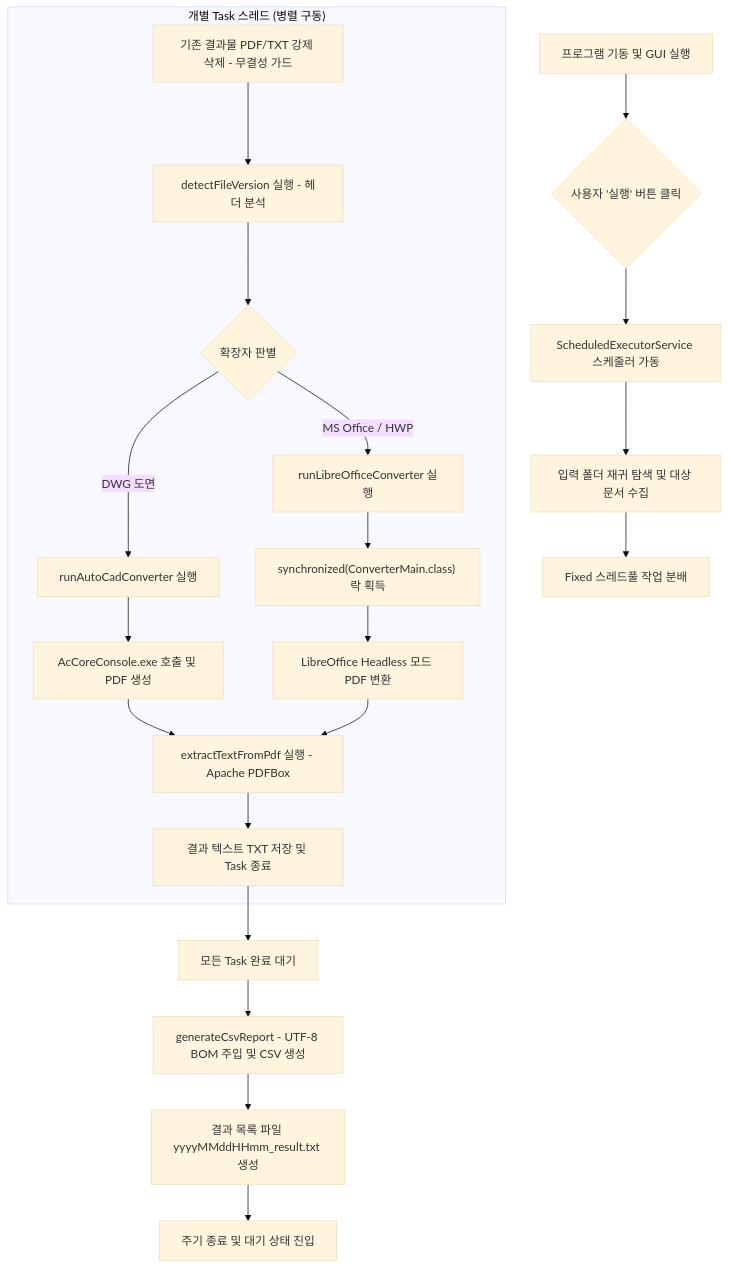
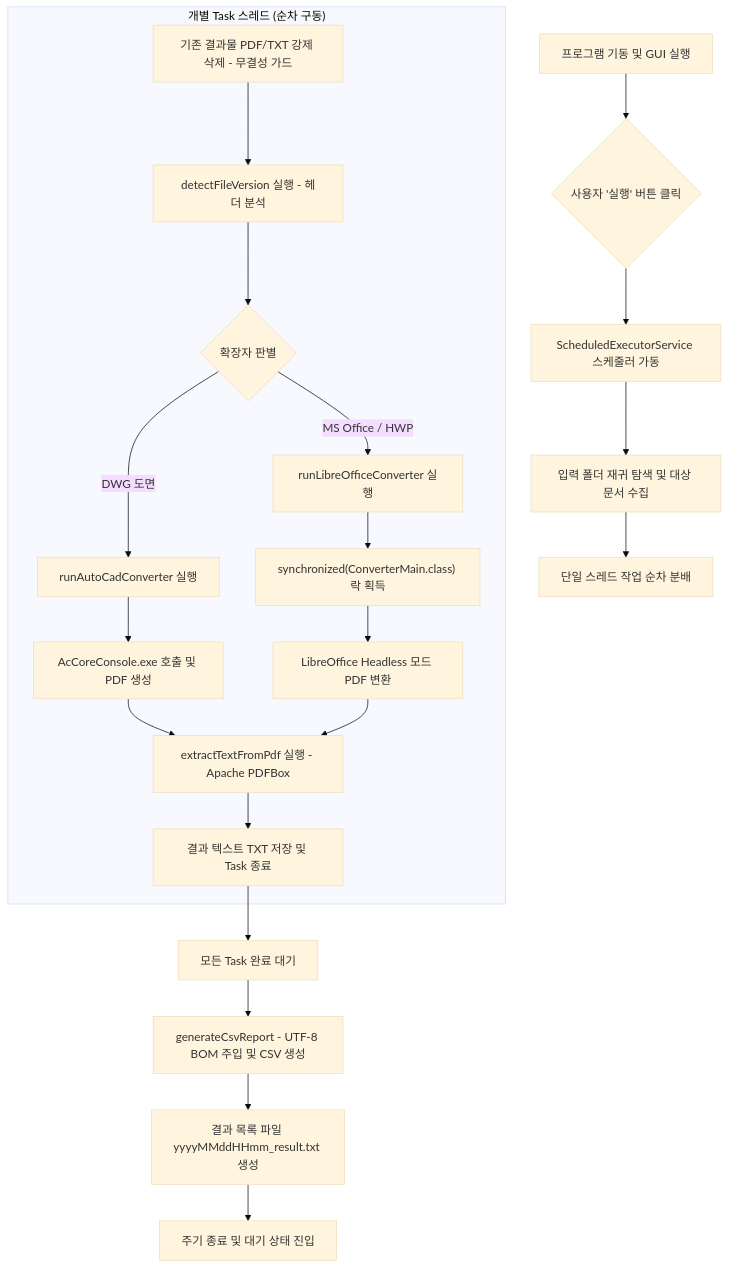
Before and after one commit to sackso/IPLMSDocsConverter: the diagram in docs/design.md, drawn with Mermaid (base theme). The commit also changed other lines of this file and 3 other files, not shown here.

````diff
--- a/docs/design.md
+++ b/docs/design.md
@@ -20,27 +20,27 @@
 ```mermaid
 graph TD
     A[프로그램 기동 및 GUI 실행] --> B{사용자 '실행' 버튼 클릭}
     B --> C[ScheduledExecutorService 스케줄러 가동]
     C --> D[입력 폴더 재귀 탐색 및 대상 문서 수집]
-    D --> E[Fixed 스레드풀 작업 분배]
+    D --> E[단일 스레드 작업 순차 분배]
 
-    subgraph "개별 Task 스레드 (병렬 구동)"
+    subgraph "개별 Task 스레드 (순차 구동)"
         F[기존 결과물 PDF/TXT 강제 삭제 - 무결성 가드] --> G[detectFileVersion 실행 - 헤더 분석]
         G --> H{확장자 판별}
 
         H -- "DWG 도면" --> I[runAutoCadConverter 실행]
         I --> J[AcCoreConsole.exe 호출 및 PDF 생성]
 
         H -- "MS Office / HWP" --> K[runLibreOfficeConverter 실행]
         K --> L["synchronized(ConverterMain.class) 락 획득"]
         L --> M[LibreOffice Headless 모드 PDF 변환]
 
         J & M --> N[extractTextFromPdf 실행 - Apache PDFBox]
         N --> O[결과 텍스트 TXT 저장 및 Task 종료]
     end
 
     O --> P[모든 Task 완료 대기]
     P --> Q[generateCsvReport - UTF-8 BOM 주입 및 CSV 생성]
     Q --> R[결과 목록 파일 yyyyMMddHHmm_result.txt 생성]
     R --> S[주기 종료 및 대기 상태 진입]
 ```
````
